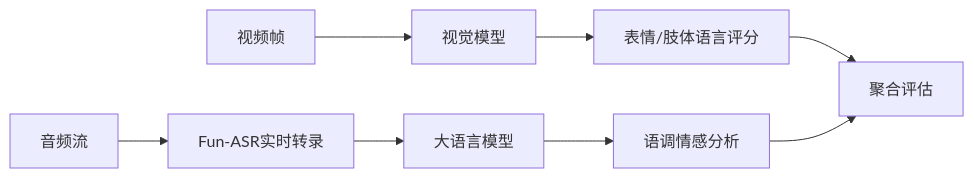
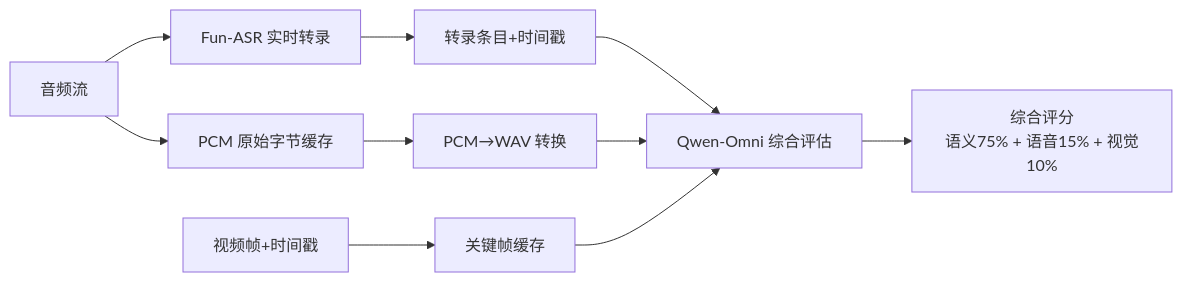
One commit to zunff/interview-agent changed the third of 4 diagrams in README.md. Above: the diagram before and after it, drawn with Mermaid. The commit also changed other lines of this file and 33 other files, not shown here.

````diff
--- a/README.md
+++ b/README.md
@@ -121,7 +124,12 @@
 ```mermaid
 graph LR
-    VIDEO["视频帧"] --> VISION["视觉模型"] --> SCORE1["表情/肢体语言评分"]
-    AUDIO["音频流"] --> ASR["Fun-ASR实时转录"] --> LLM["大语言模型"] --> SCORE2["语调情感分析"]
-    SCORE1 --> AGG["聚合评估"]
-    SCORE2 --> AGG
+    AUDIO["音频流"] --> ASR["Fun-ASR 实时转录"]
+    ASR --> ENTRIES["转录条目+时间戳"]
+    AUDIO --> PCM["PCM 原始字节缓存"]
+    PCM --> WAV["PCM→WAV 转换"]
+    VIDEO["视频帧+时间戳"] --> FRAMES["关键帧缓存"]
+    ENTRIES --> OMNI["Qwen-Omni 综合评估"]
+    WAV --> OMNI
+    FRAMES --> OMNI
+    OMNI --> SCORE["综合评分<br/>语义75% + 语音15% + 视觉10%"]
 ```
````
